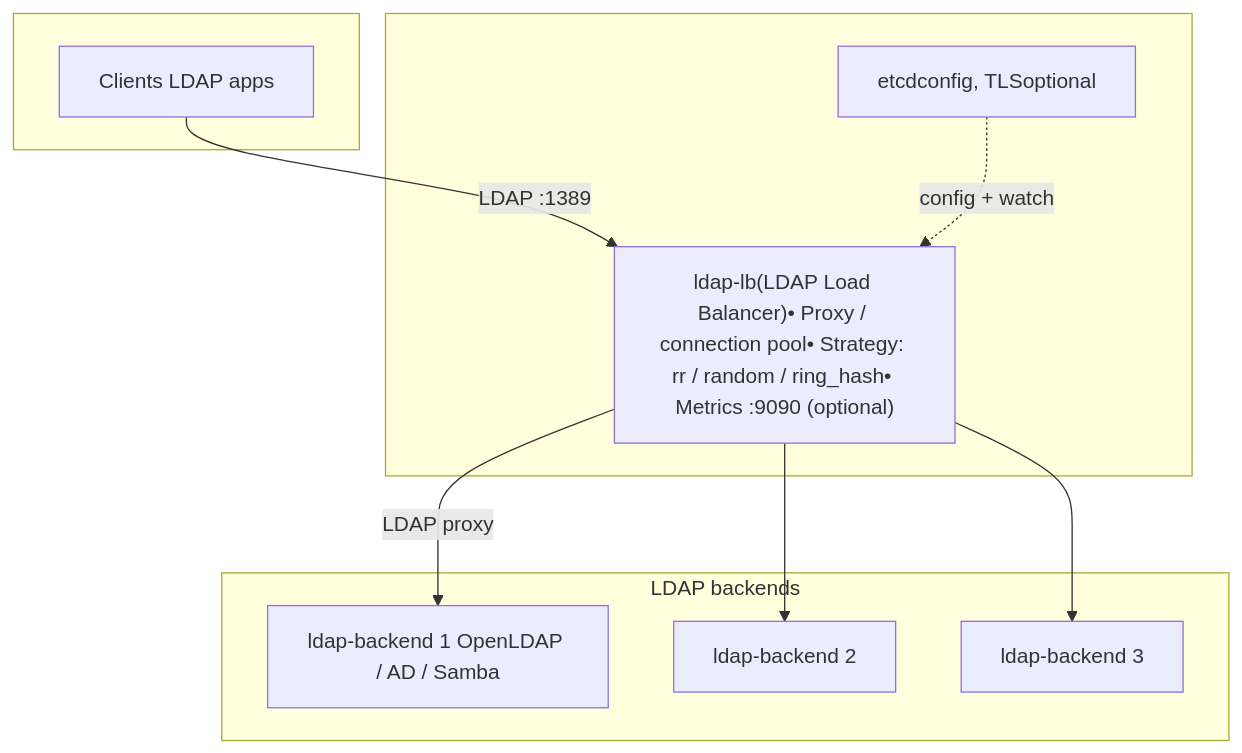
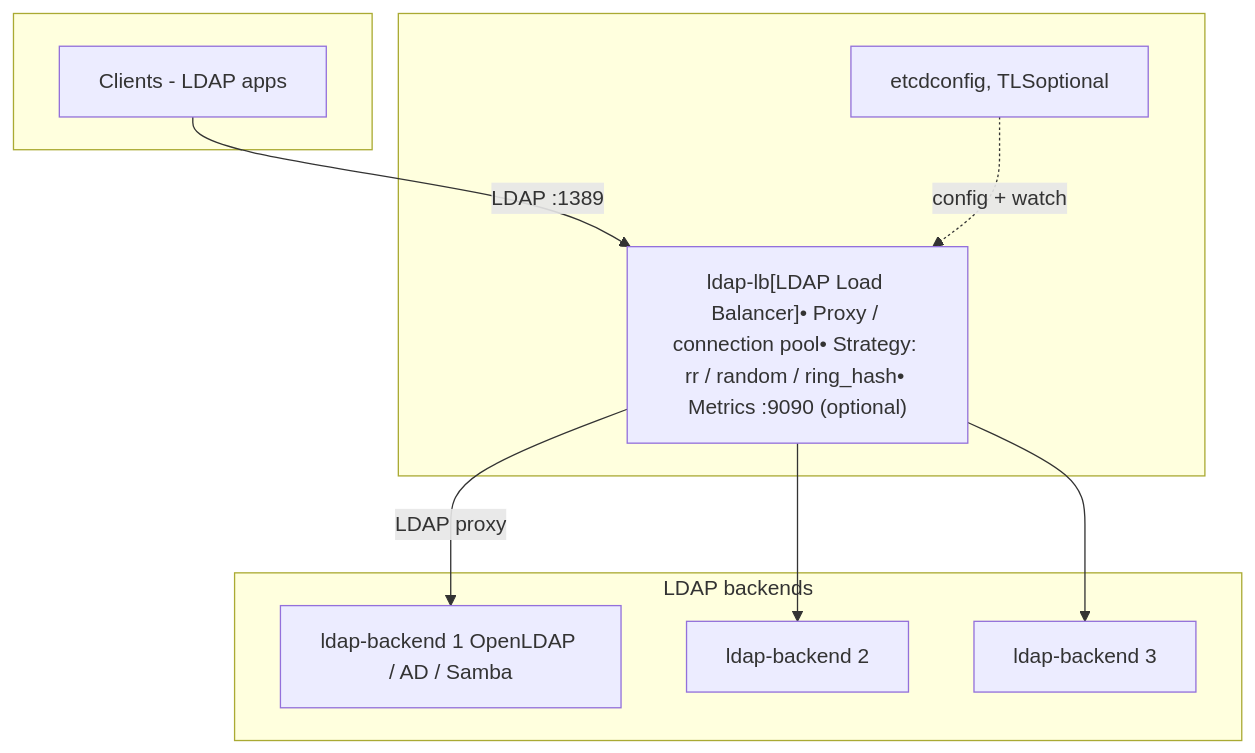
The diagram in docs/admin-guide.md (chonbash/ldap_load_balancer), drawn with Mermaid before and after one commit.

````diff
--- a/docs/admin-guide.md
+++ b/docs/admin-guide.md
@@ -11,23 +11,23 @@
 ```mermaid
 flowchart TB
   subgraph clients[" "]
-    C[Clients LDAP apps]
+    C[Clients - LDAP apps]
   end
 
   subgraph tier1[" "]
-    LB["ldap-lb(LDAP Load Balancer)• Proxy / connection pool• Strategy: rr / random / ring_hash• Metrics :9090 (optional)"]
+    LB["ldap-lb[LDAP Load Balancer]• Proxy / connection pool• Strategy: rr / random / ring_hash• Metrics :9090 (optional)"]
     E[etcdconfig, TLSoptional]
   end
 
   subgraph backends["LDAP backends"]
     B1[ldap-backend 1 OpenLDAP / AD / Samba]
     B2[ldap-backend 2]
     B3[ldap-backend 3]
   end
 
   C -->|"LDAP :1389"| LB
   E -.->|"config + watch"| LB
   LB -->|LDAP proxy| B1
   LB --> B2
   LB --> B3
 ```
````
